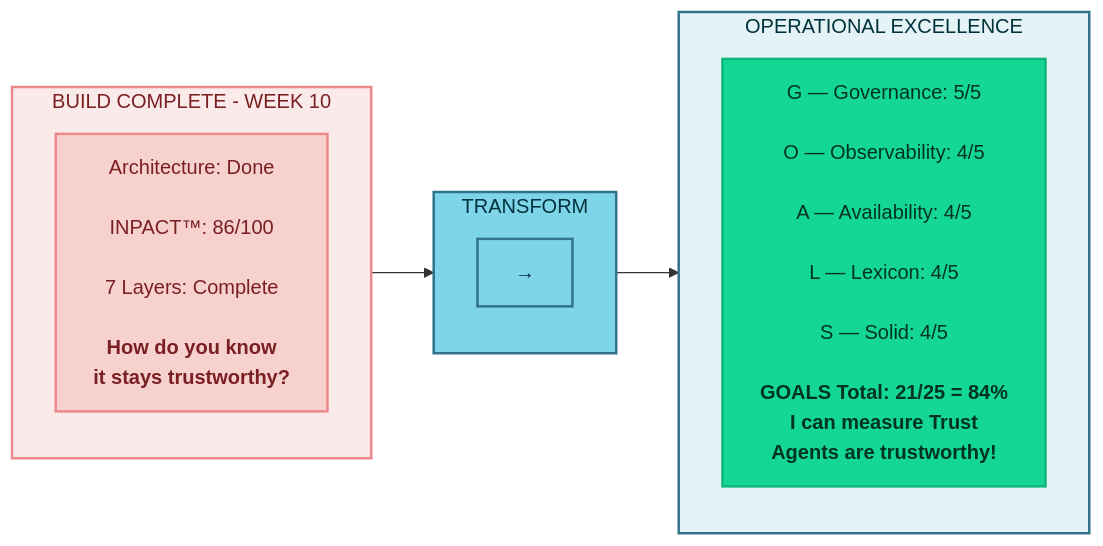
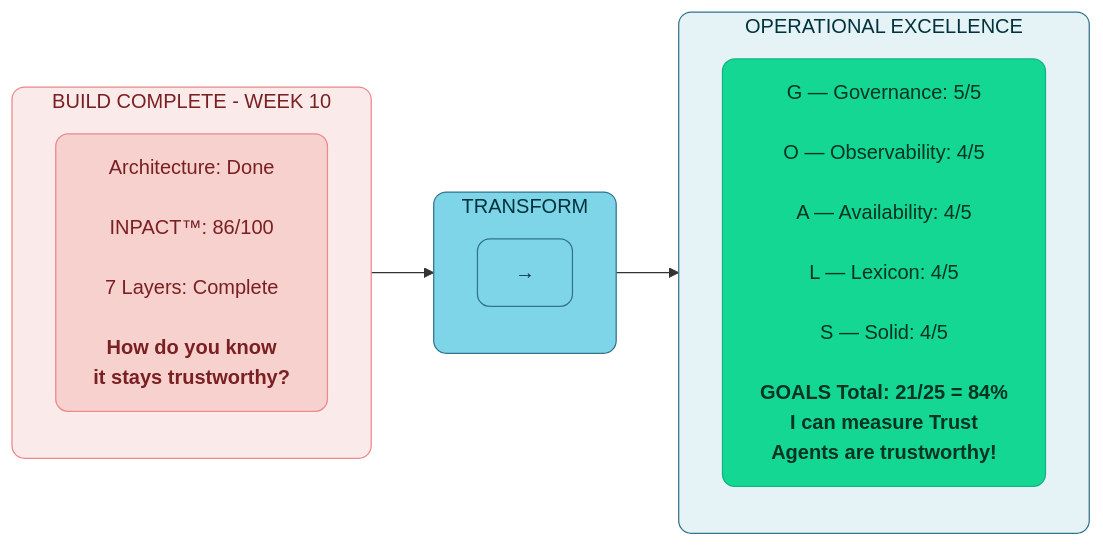
The first of 14 diagrams in manuscript/08_chapter_7_goals_framework.md (colaberry/trust-before-intelligence-book), drawn with Mermaid before and after one commit. The commit also changed other lines of this file and 12 other files, not shown here.

````diff
--- a/manuscript/08_chapter_7_goals_framework.md
+++ b/manuscript/08_chapter_7_goals_framework.md
@@ -8,29 +8,29 @@
 ```mermaid
 
 graph LR
     subgraph BUILD["BUILD COMPLETE - WEEK 10"]
         direction TB
         B1["Architecture: Done<br/><br/>INPACT™: 86/100<br/><br/>7 Layers: Complete<br/><br/><b>How do you know<br/>it stays trustworthy?</b>"]
     end
     
     subgraph TRANSFORM["TRANSFORM"]
         direction TB
         T1["→"]
     end
     
     subgraph OPERATE["OPERATIONAL EXCELLENCE"]
         direction TB
         O1["G — Governance: 5/5<br/><br/>O — Observability: 4/5<br/><br/>A — Availability: 4/5<br/><br/>L — Lexicon: 4/5<br/><br/>S — Solid: 4/5<br/><br/><b>GOALS Total: 21/25 = 84%<br/>I can measure Trust<br/>Agents are trustworthy!"]
     end
     
     BUILD --> TRANSFORM --> OPERATE
     
-    style BUILD fill:#FBEAEA,stroke:#EB898B,stroke-width:2px,color:#7A1F22
-    style TRANSFORM fill:#7FD5E8,stroke:#32738C,stroke-width:2px,color:#00323D
-    style OPERATE fill:#E6F3F6,stroke:#32738C,stroke-width:2px,color:#00323D
-    style B1 fill:#F6D1CE,stroke:#EB898B,stroke-width:2px,color:#7A1F22
-    style T1 fill:#7FD5E8,stroke:#32738C,stroke-width:2px,color:#00323D
-    style O1 fill:#14D793,color:#003322,stroke:#0FB67D,stroke-width:2px
+    style BUILD fill:#FBEAEA,stroke:#EB898B,stroke-width:1px,color:#7A1F22,rx:10,ry:10
+    style TRANSFORM fill:#7FD5E8,stroke:#32738C,stroke-width:1px,color:#00323D,rx:10,ry:10
+    style OPERATE fill:#E6F3F6,stroke:#32738C,stroke-width:1px,color:#00323D,rx:10,ry:10
+    style B1 fill:#F6D1CE,stroke:#EB898B,stroke-width:1px,color:#7A1F22,rx:10,ry:10
+    style T1 fill:#7FD5E8,stroke:#32738C,stroke-width:1px,color:#00323D,rx:10,ry:10
+    style O1 fill:#14D793,color:#003322,stroke:#0FB67D,stroke-width:1px,rx:10,ry:10
 
 
 ```
````
